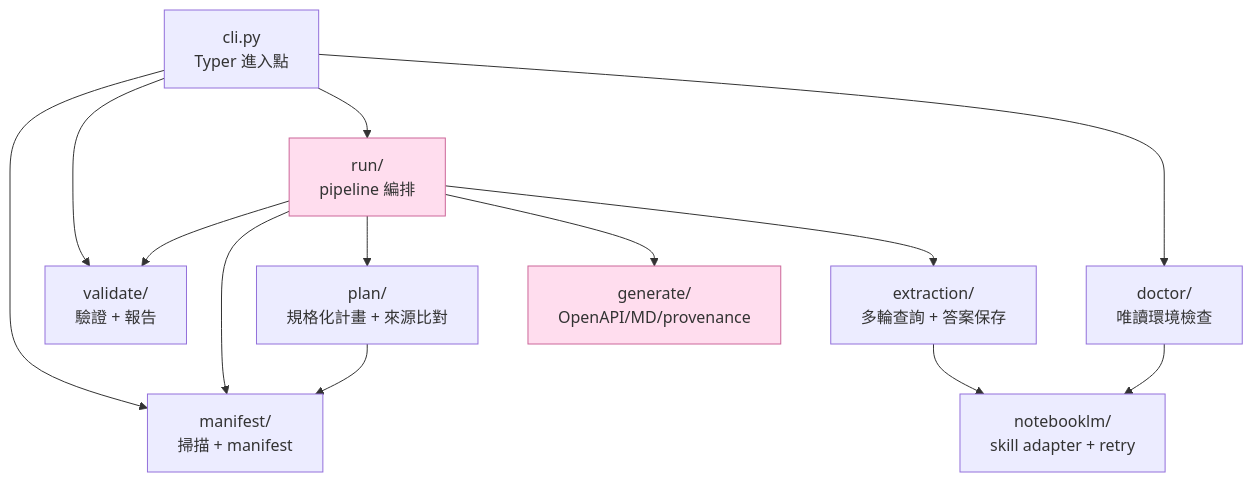
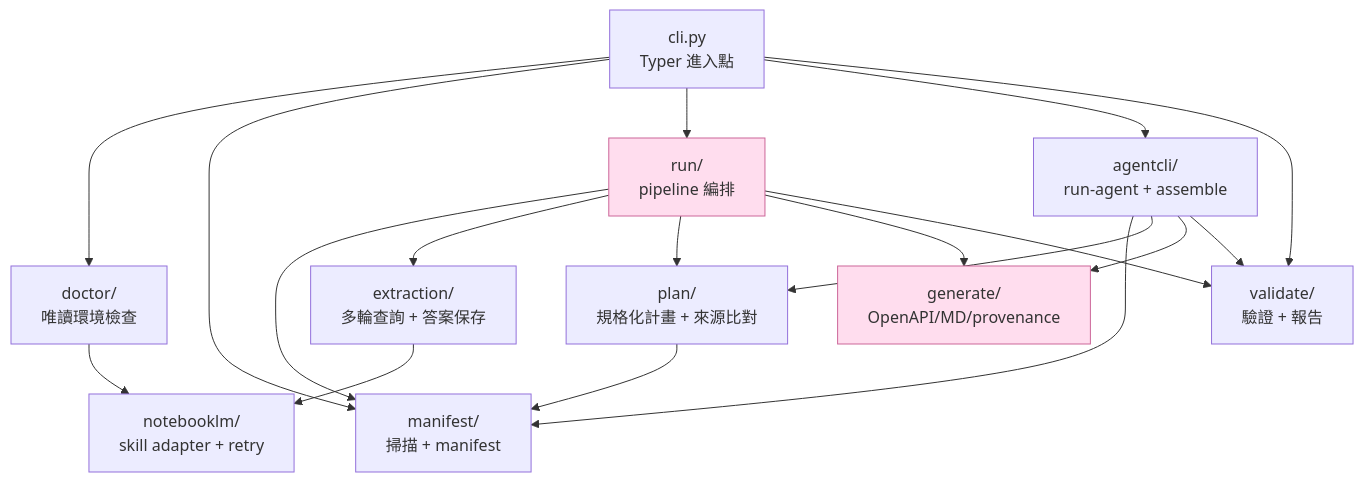
One commit to CarlLee1983/loop-apidoc changed the second of 2 diagrams in docs/ARCHITECTURE.md. Above: the diagram before and after it, drawn with Mermaid. The commit also changed other lines of this file and 2 other files, not shown here.

Commit message:
docs: [readme/arch] 補 run-agent/assemble 子命令與 agentcli 套件、更新測試數

````diff
--- a/docs/ARCHITECTURE.md
+++ b/docs/ARCHITECTURE.md
@@ -35,22 +47,28 @@
 ```mermaid
 flowchart TD
     cli[cli.py<br/>Typer 進入點]
 
     cli --> doctor[doctor/<br/>唯讀環境檢查]
     cli --> manifest[manifest/<br/>掃描 + manifest]
     cli --> run[run/<br/>pipeline 編排]
+    cli --> agentcli[agentcli/<br/>run-agent + assemble]
     cli --> validate[validate/<br/>驗證 + 報告]
 
     run --> manifest
     run --> extraction[extraction/<br/>多輪查詢 + 答案保存]
     run --> plan[plan/<br/>規格化計畫 + 來源比對]
     run --> generate[generate/<br/>OpenAPI/MD/provenance]
     run --> validate
 
+    agentcli --> manifest
+    agentcli --> plan
+    agentcli --> generate
+    agentcli --> validate
+
     extraction --> notebooklm[notebooklm/<br/>skill adapter + retry]
     doctor --> notebooklm
     plan --> manifest
 
     classDef io fill:#fde,stroke:#c69
     class generate,run io
 ```
````
